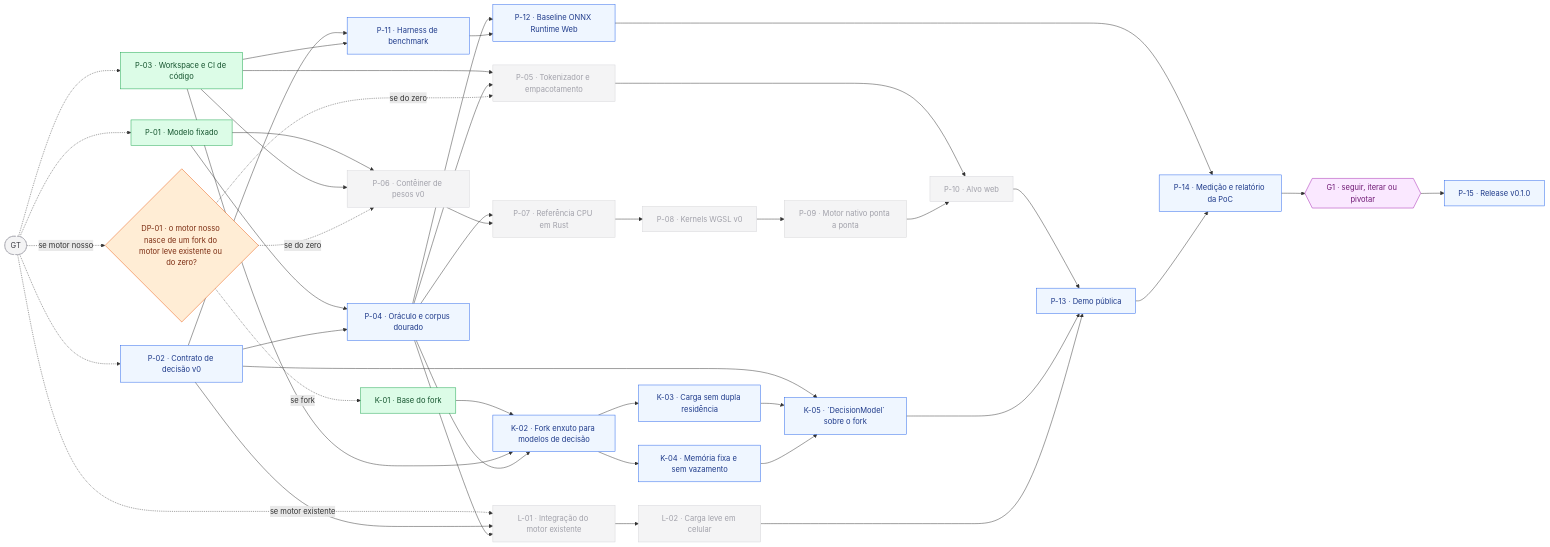
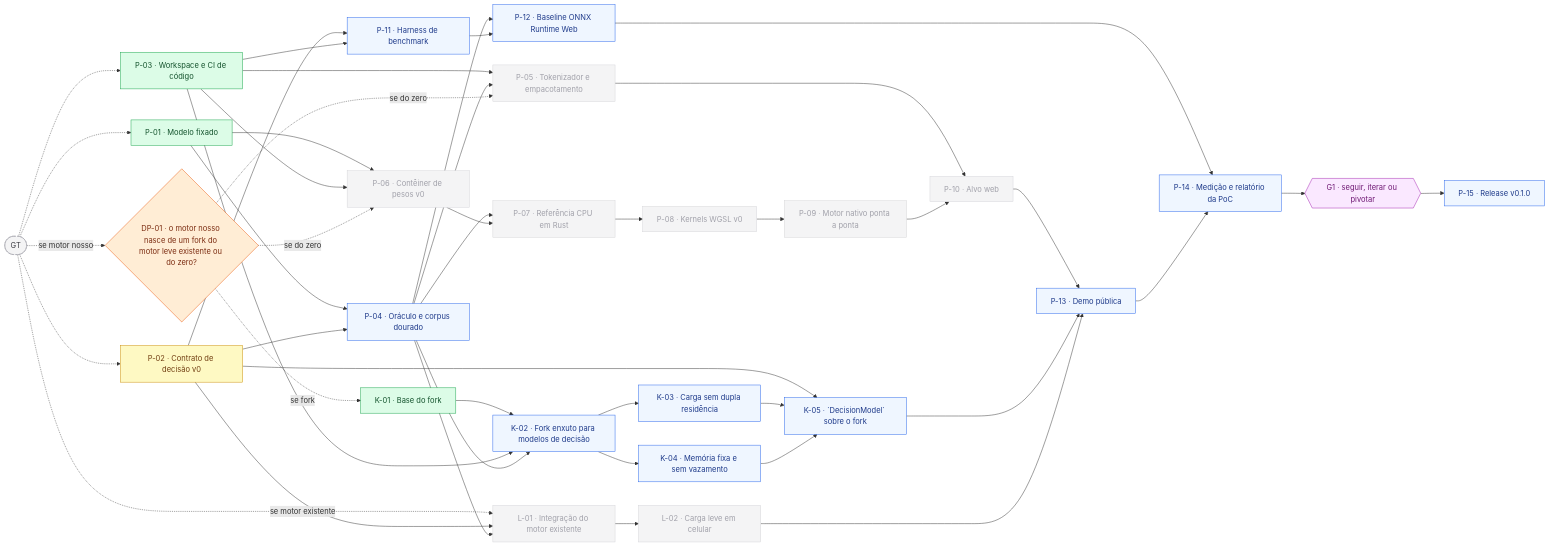
The fourth of 10 diagrams in ROADMAP.md (frederico-kluser/som-webcore), drawn with Mermaid before and after one commit. The commit also changed other lines of this file and 24 other files, not shown here.

````diff
--- a/ROADMAP.md
+++ b/ROADMAP.md
@@ -1095,78 +1095,78 @@
 ```mermaid
 flowchart LR
     GT(["GT"]):::ext
     P01["P-01 · Modelo fixado"]:::done
-    P02["P-02 · Contrato de decisão v0"]:::todo
+    P02["P-02 · Contrato de decisão v0"]:::doing
     P03["P-03 · Workspace e CI de código"]:::done
     DP01{"DP-01 · o motor nosso nasce de um fork do motor leve existente ou do zero?"}:::fork
     P04["P-04 · Oráculo e corpus dourado"]:::todo
     P11["P-11 · Harness de benchmark"]:::todo
     P06["P-06 · Contêiner de pesos v0"]:::off
     K01["K-01 · Base do fork"]:::done
     P05["P-05 · Tokenizador e empacotamento"]:::off
     L01["L-01 · Integração do motor existente"]:::off
     P12["P-12 · Baseline ONNX Runtime Web"]:::todo
     P07["P-07 · Referência CPU em Rust"]:::off
     K02["K-02 · Fork enxuto para modelos de decisão"]:::todo
     L02["L-02 · Carga leve em celular"]:::off
     P08["P-08 · Kernels WGSL v0"]:::off
     K03["K-03 · Carga sem dupla residência"]:::todo
     K04["K-04 · Memória fixa e sem vazamento"]:::todo
     P09["P-09 · Motor nativo ponta a ponta"]:::off
     K05["K-05 · `DecisionModel` sobre o fork"]:::todo
     P10["P-10 · Alvo web"]:::off
     P13["P-13 · Demo pública"]:::todo
     P14["P-14 · Medição e relatório da PoC"]:::todo
     G1{{"G1 · seguir, iterar ou pivotar"}}:::gate
     P15["P-15 · Release v0.1.0"]:::todo
     GT -.-> P01
     GT -.-> P02
     GT -.-> P03
     GT -.->|"se motor nosso"| DP01
     P01 --> P04
     P02 --> P04
     P02 --> P11
     P03 --> P11
     P01 --> P06
     P03 --> P06
     DP01 -.->|"se do zero"| P06
     DP01 -.->|"se fork"| K01
     P03 --> P05
     P04 --> P05
     DP01 -.->|"se do zero"| P05
     GT -.->|"se motor existente"| L01
     P02 --> L01
     P04 --> L01
     P04 --> P12
     P11 --> P12
     P04 --> P07
     P06 --> P07
     K01 --> K02
     P03 --> K02
     P04 --> K02
     L01 --> L02
     P07 --> P08
     K02 --> K03
     K02 --> K04
     P08 --> P09
     P02 --> K05
     K03 --> K05
     K04 --> K05
     P05 --> P10
     P09 --> P10
     P10 --> P13
     K05 --> P13
     L02 --> P13
     P12 --> P14
     P13 --> P14
     P14 --> G1
     G1 --> P15
     classDef done fill:#dcfce7,stroke:#16a34a,color:#14532d;
     classDef doing fill:#fef9c3,stroke:#ca8a04,color:#713f12;
     classDef todo fill:#eff6ff,stroke:#2563eb,color:#1e3a8a;
     classDef gate fill:#fae8ff,stroke:#a21caf,color:#701a75;
     classDef fork fill:#ffedd5,stroke:#ea580c,color:#7c2d12;
     classDef opt fill:#f8fafc,stroke:#64748b,color:#334155,stroke-dasharray: 5 4;
     classDef off fill:#f4f4f5,stroke:#d4d4d8,color:#a1a1aa;
     classDef ext fill:#f4f4f5,stroke:#a1a1aa,color:#3f3f46,stroke-dasharray: 4 3;
 ```
````
